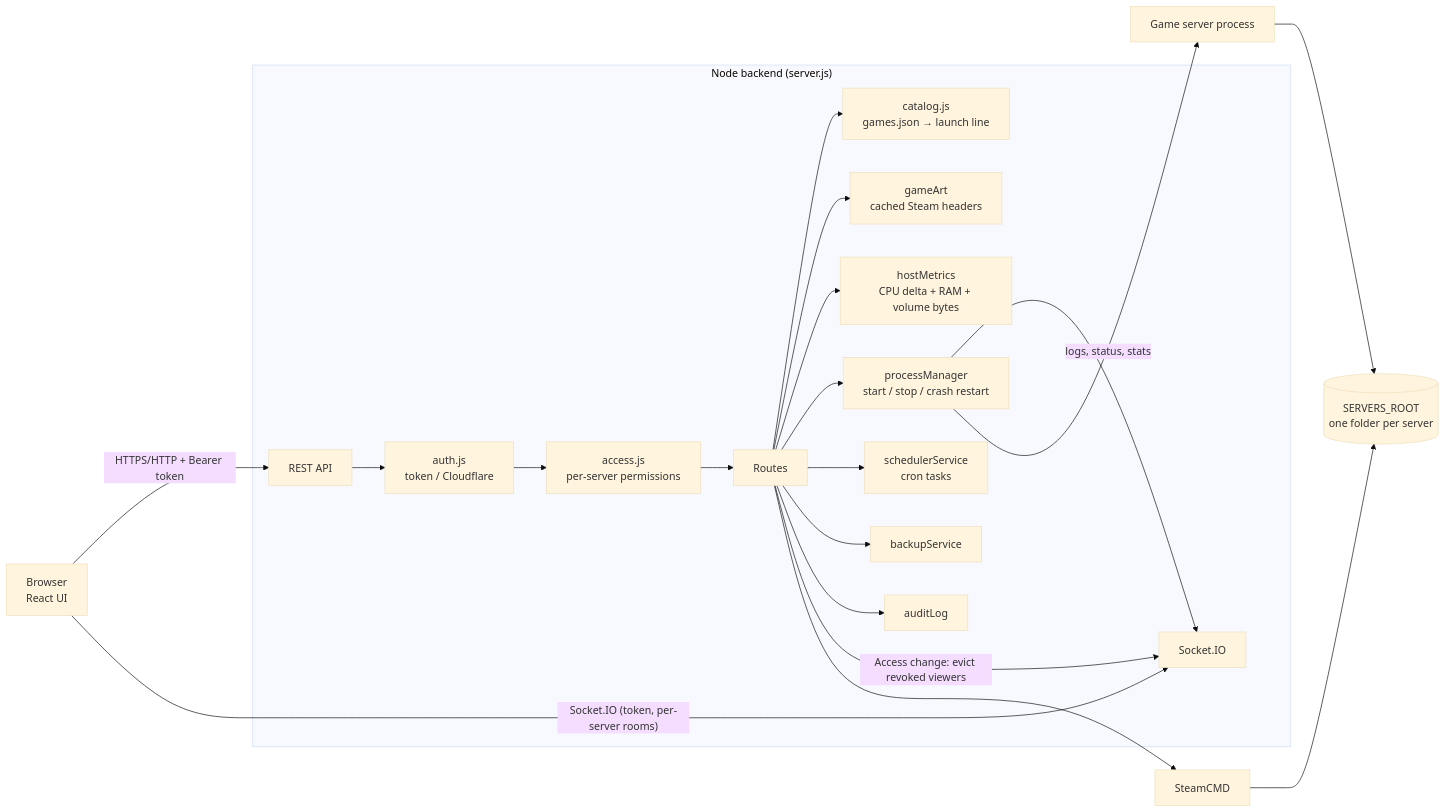
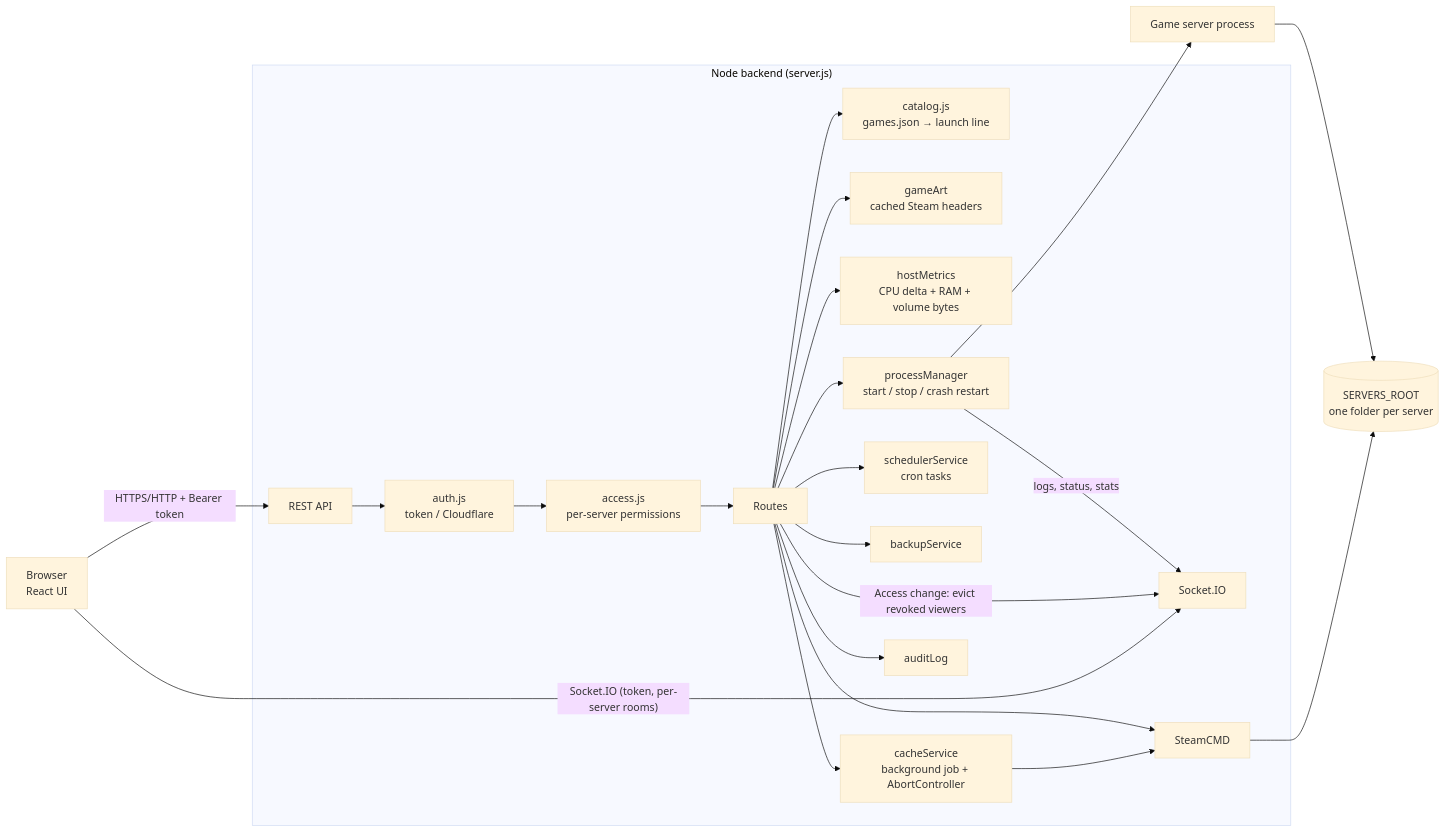
The diagram in docs/ARCHITECTURE.md (itzdaniel483/ServerForge), drawn with Mermaid (base theme) before and after one commit. The commit also changed other lines of this file and 6 other files, not shown here.

First line of the commit message:
Cache downloads: background start, progress, cancel, restart recovery

````diff
--- a/docs/ARCHITECTURE.md
+++ b/docs/ARCHITECTURE.md
@@ -3,23 +3,25 @@
 ```mermaid
 flowchart LR
     B[Browser<br/>React UI] -- "HTTPS/HTTP + Bearer token" --> API
     B -- "Socket.IO (token, per-server rooms)" --> IO
     subgraph Panel["Node backend (server.js)"]
         API[REST API] --> AUTH[auth.js<br/>token / Cloudflare]
         AUTH --> ACL[access.js<br/>per-server permissions]
         ACL --> ROUTES[Routes]
         ROUTES --> CAT[catalog.js<br/>games.json → launch line]
         ROUTES --> ART[gameArt<br/>cached Steam headers]
         ROUTES --> HOST[hostMetrics<br/>CPU delta + RAM + volume bytes]
         ROUTES --> PM[processManager<br/>start / stop / crash restart]
         ROUTES --> SCH[schedulerService<br/>cron tasks]
         ROUTES --> BK[backupService]
+        ROUTES --> CACHE[cacheService<br/>background job + AbortController]
+        CACHE --> STEAM
         ROUTES --> LOG[auditLog]
         IO[Socket.IO]
         ROUTES -- "Access change: evict revoked viewers" --> IO
         PM -- logs, status, stats --> IO
     end
     ROUTES --> STEAM[SteamCMD] --> DISK[(SERVERS_ROOT<br/>one folder per server)]
     PM --> GAME[Game server process]
     GAME --> DISK
 ```
````
